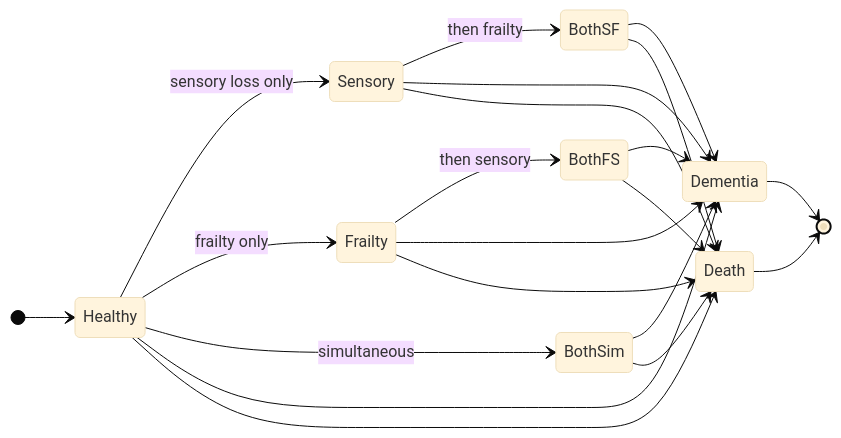
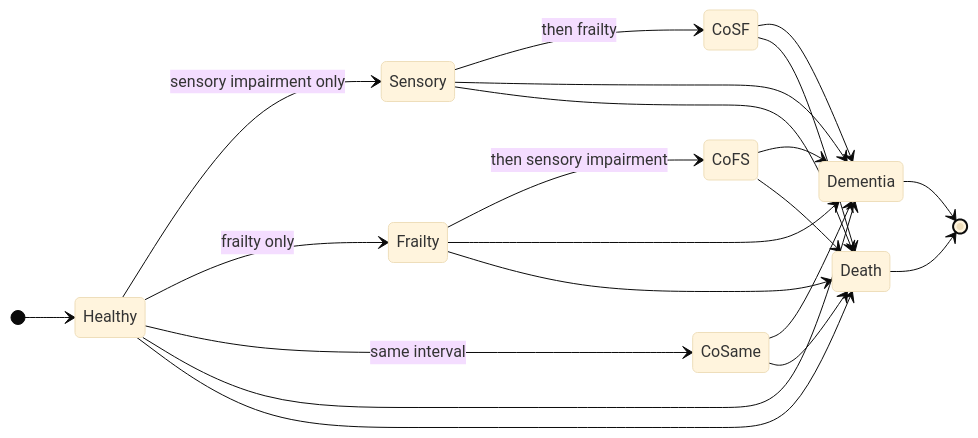
Before and after one commit to SyronZhou/SZ_et_al_Nature_Aging_2026: the diagram in README.md, drawn with Mermaid (base theme). The commit also changed other lines of this file and 19 other files, not shown here.

````diff
--- a/README.md
+++ b/README.md
@@ -47,25 +47,25 @@
 ```mermaid
 stateDiagram-v2
     direction LR
     [*] --> Healthy
-    Healthy --> Sensory : sensory loss only
+    Healthy --> Sensory : sensory impairment only
     Healthy --> Frailty : frailty only
-    Healthy --> BothSim : simultaneous
-    Sensory --> BothSF  : then frailty
-    Frailty --> BothFS  : then sensory
+    Healthy --> CoSame  : same interval
+    Sensory --> CoSF    : then frailty
+    Frailty --> CoFS    : then sensory impairment
     Healthy --> Dementia
     Sensory --> Dementia
     Frailty --> Dementia
-    BothSF  --> Dementia
-    BothFS  --> Dementia
-    BothSim --> Dementia
+    CoSF    --> Dementia
+    CoFS    --> Dementia
+    CoSame  --> Dementia
     Dementia --> [*]
 
     Healthy  --> Death
     Sensory  --> Death
     Frailty  --> Death
-    BothSF   --> Death
-    BothFS   --> Death
-    BothSim  --> Death
+    CoSF     --> Death
+    CoFS     --> Death
+    CoSame   --> Death
     Death --> [*]
 ```
````
